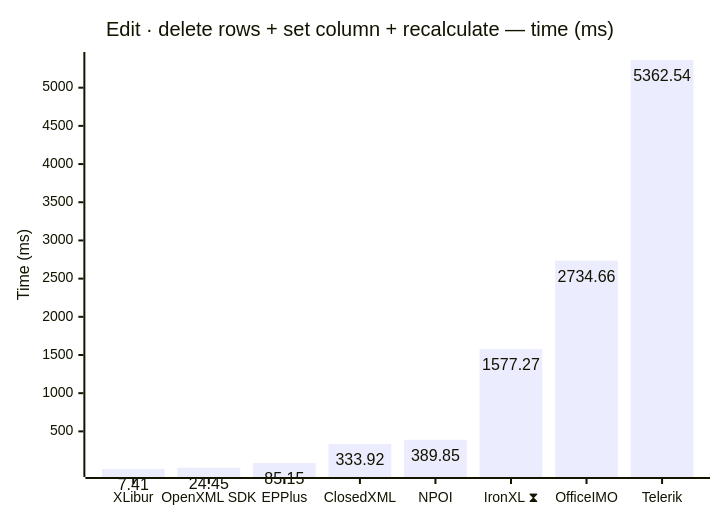
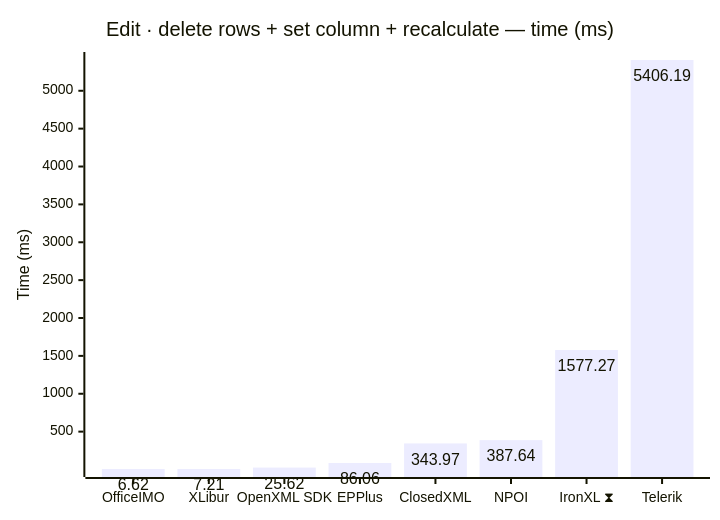
Before and after one commit to jafin/XLBench: diagram 11 of 18 in docs/results.md, drawn with Mermaid. The commit also changed other lines of this file and 2 other files, not shown here.

First line of the commit message:
Publish full-fidelity results for OfficeIMO 3.6.2, MiniExcel 2.0.0, XLibur 0.900.0, EPPlus 8.7.3 and Telerik 2026.4.1127

````diff
--- a/docs/results.md
+++ b/docs/results.md
@@ -172,12 +172,12 @@
 ```mermaid
 ---
 config:
   xyChart:
     showDataLabel: true
 ---
 xychart-beta
     title "Edit · delete rows + set column + recalculate — time (ms)"
-    x-axis ["XLibur", "OpenXML SDK", "EPPlus", "ClosedXML", "NPOI", "IronXL ⧗", "OfficeIMO", "Telerik"]
+    x-axis ["OfficeIMO", "XLibur", "OpenXML SDK", "EPPlus", "ClosedXML", "NPOI", "IronXL ⧗", "Telerik"]
     y-axis "Time (ms)"
-    bar [7.41, 24.45, 85.15, 333.92, 389.85, 1577.27, 2734.66, 5362.54]
+    bar [6.62, 7.21, 25.62, 86.06, 343.97, 387.64, 1577.27, 5406.19]
 ```
````
